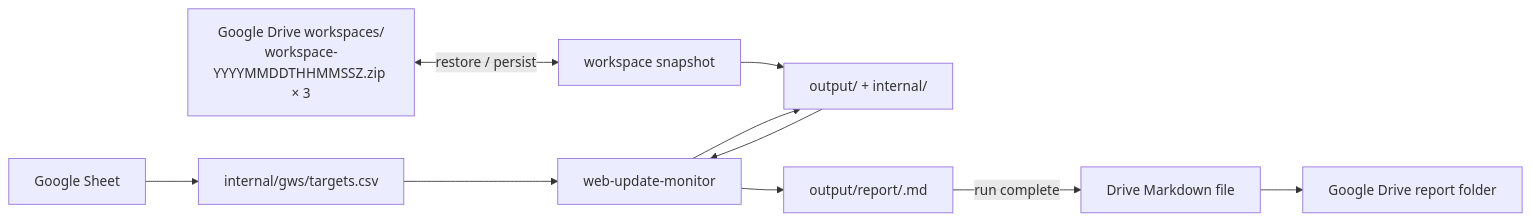
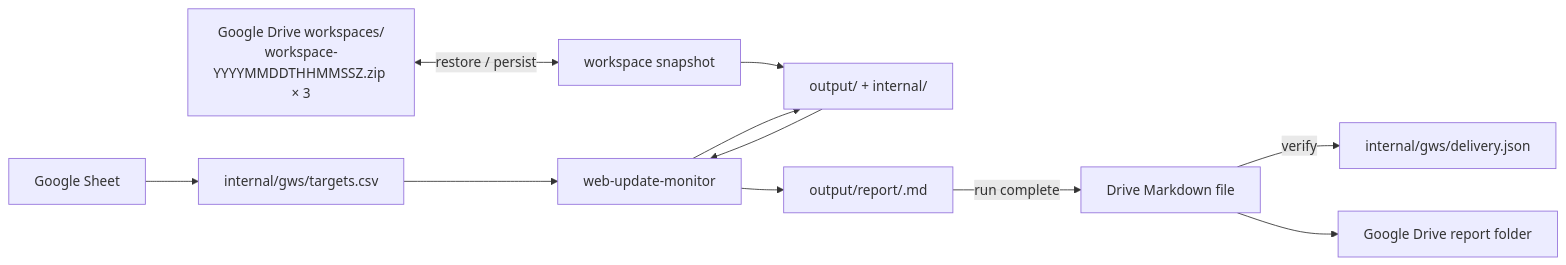
The first of 2 diagrams in README.md (dceoy/wsum), drawn with Mermaid before and after one commit. The commit also changed other lines of this file, not shown here.

Commit message:
Document compact GWS delivery ledger

````diff
--- a/README.md
+++ b/README.md
@@ -23,12 +23,13 @@
 ```mermaid
 flowchart LR
     GS["Google Sheet"] --> CSV["internal/gws/targets.csv"]
     DS["Google Drive workspaces/<br/>workspace-YYYYMMDDTHHMMSSZ.zip × 3"] <-->|restore / persist| WS["workspace snapshot"]
     WS --> WORKSPACE["output/ + internal/"]
     CSV --> CORE["web-update-monitor"]
     WORKSPACE --> CORE
     CORE --> WORKSPACE
     CORE --> REPORT["output/report/<run-id>.md"]
     REPORT -->|run complete| GMD["Drive Markdown file"]
+    GMD -->|verify| DELIVERY["internal/gws/delivery.json"]
     GMD --> DR["Google Drive report folder"]
 ```
````
